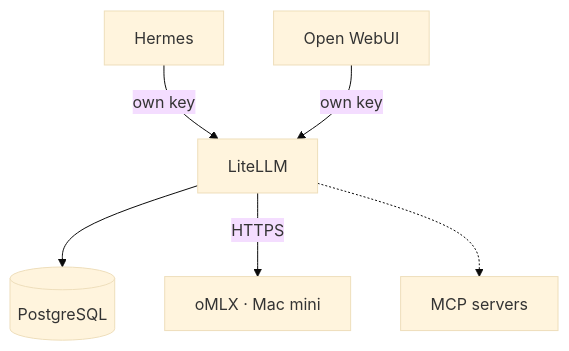
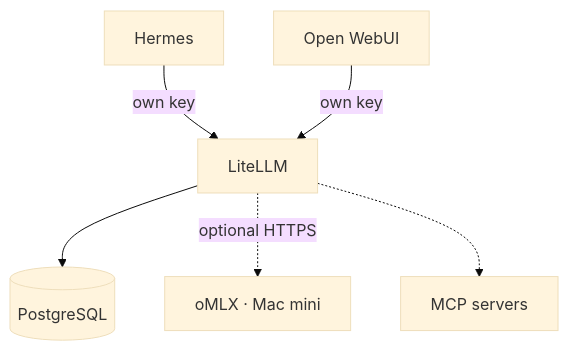
One commit to ea1het/local_hybrid_ai changed the first of 2 diagrams in stack-30_-_litellm/README.md. Above: the diagram before and after it, drawn with Mermaid (base theme). The commit also changed other lines of this file and 31 other files, not shown here.

````diff
--- a/stack-30_-_litellm/README.md
+++ b/stack-30_-_litellm/README.md
@@ -13,7 +13,7 @@
 ```mermaid
 flowchart TB
     Hermes & WebUI["Open WebUI"] -->|own key| LiteLLM
     LiteLLM --> PG[("PostgreSQL")]
-    LiteLLM -->|HTTPS| oMLX["oMLX · Mac mini"]
+    LiteLLM -.->|optional HTTPS| oMLX["oMLX · Mac mini"]
     LiteLLM -.-> MCP["MCP servers"]
 ```
````
